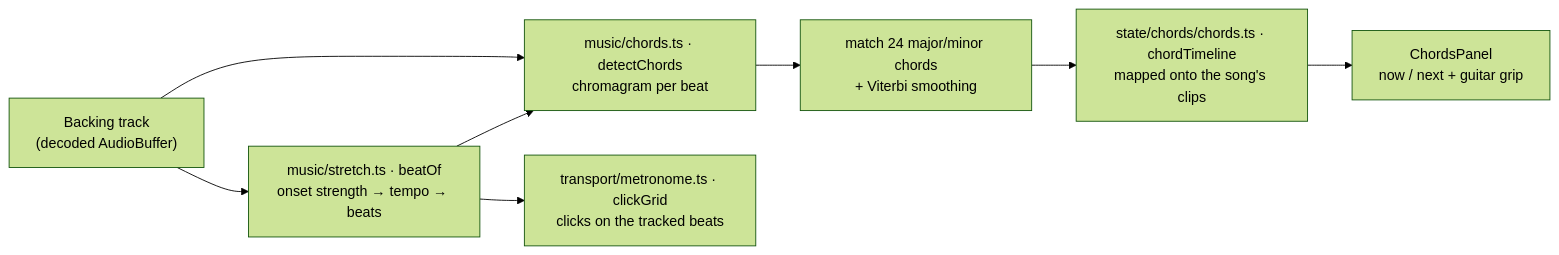
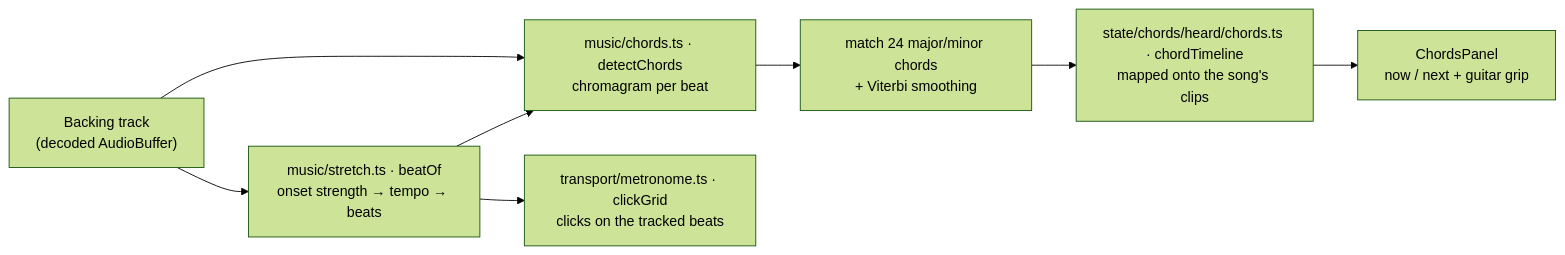
One commit to andy-techen/rove changed the fifth of 6 diagrams in docs/architecture.md. Above: the diagram before and after it, drawn with Mermaid (forest theme). The commit also changed other lines of this file and 365 other files, not shown here.

````diff
--- a/docs/architecture.md
+++ b/docs/architecture.md
@@ -157,10 +157,10 @@
 ```mermaid
 flowchart LR
   music["Backing track<br/>(decoded AudioBuffer)"] --> beat["music/stretch.ts · beatOf<br/>onset strength → tempo → beats"]
   music --> chroma["music/chords.ts · detectChords<br/>chromagram per beat"]
   beat --> chroma
   chroma --> match["match 24 major/minor chords<br/>+ Viterbi smoothing"]
-  match --> timeline["state/chords/chords.ts · chordTimeline<br/>mapped onto the song's clips"]
+  match --> timeline["state/chords/heard/chords.ts · chordTimeline<br/>mapped onto the song's clips"]
   timeline --> panel["ChordsPanel<br/>now / next + guitar grip"]
   beat --> click["transport/metronome.ts · clickGrid<br/>clicks on the tracked beats"]
 ```
````
